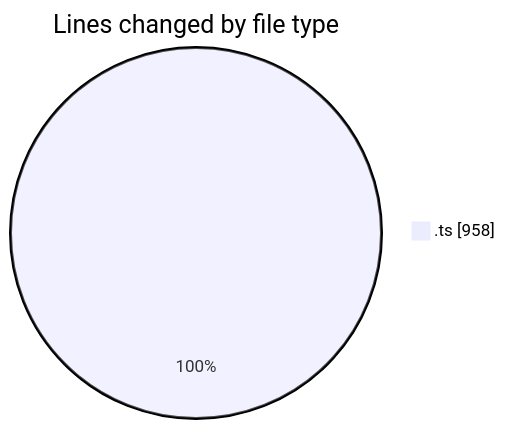
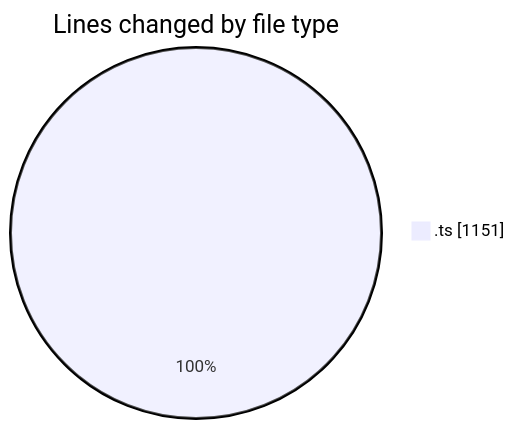
The first of 2 diagrams in 2026-03-12/nxtqube_webapp/README.md (nxtqubesakshisongat/code-tracking), drawn with Mermaid before and after one commit. The commit also changed other lines of this file and 1 other file, not shown here.

````diff
--- a/2026-03-12/nxtqube_webapp/README.md
+++ b/2026-03-12/nxtqube_webapp/README.md
@@ -22,5 +23,5 @@
 ```mermaid
 pie showData
 title Lines changed by file type
-".ts" : 958
+".ts" : 1151
 ```
````
